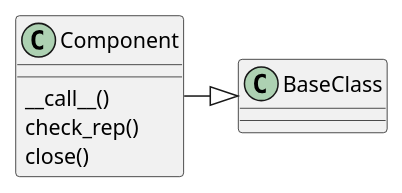
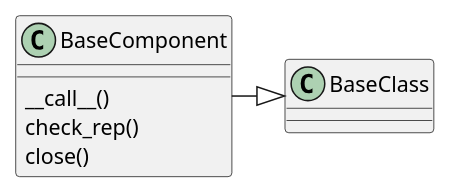
The first of 2 diagrams in tuna/components/component.rst (russell-n/thetuna), drawn with PlantUML before and after one commit. The commit also changed other lines of this file and 31 other files, not shown here.

```diff
--- a/tuna/components/component.rst
+++ b/tuna/components/component.rst
@@ -31,6 +31,6 @@
 .. uml::
 
-   Component -|> BaseClass
-   Component : __call__()
-   Component : check_rep()
-   Component : close()
+   BaseComponent -|> BaseClass
+   BaseComponent : __call__()
+   BaseComponent : check_rep()
+   BaseComponent : close()
```
